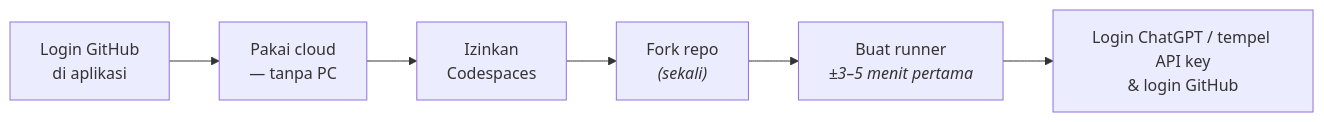
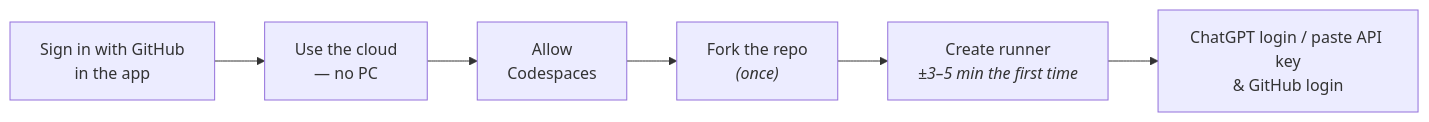
The fourth of 6 diagrams in README.md (arfakaisar/snugcode), drawn with Mermaid before and after one commit. The commit also changed other lines of this file and 100 other files, not shown here.

````diff
--- a/README.md
+++ b/README.md
@@ -323,8 +323,8 @@
 ```mermaid
 flowchart LR
-    A["Login GitHub<br/>di aplikasi"] --> B["Pakai cloud<br/>— tanpa PC"]
-    B --> C["Izinkan<br/>Codespaces"]
-    C --> D["Fork repo<br/><i>(sekali)</i>"]
-    D --> E["Buat runner<br/><i>±3–5 menit pertama</i>"]
-    E --> F["Login ChatGPT / tempel API key<br/>& login GitHub"]
+    A["Sign in with GitHub<br/>in the app"] --> B["Use the cloud<br/>— no PC"]
+    B --> C["Allow<br/>Codespaces"]
+    C --> D["Fork the repo<br/><i>(once)</i>"]
+    D --> E["Create runner<br/><i>±3–5 min the first time</i>"]
+    E --> F["ChatGPT login / paste API key<br/>& GitHub login"]
 ```
````
